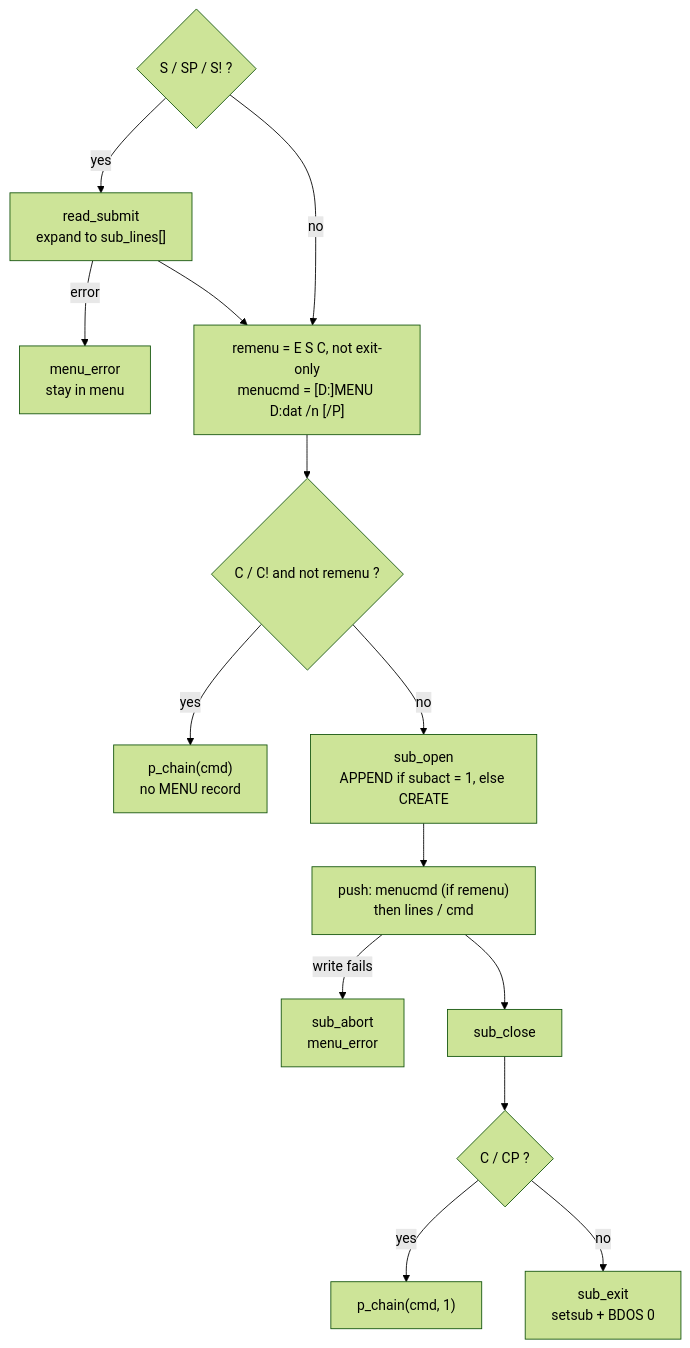
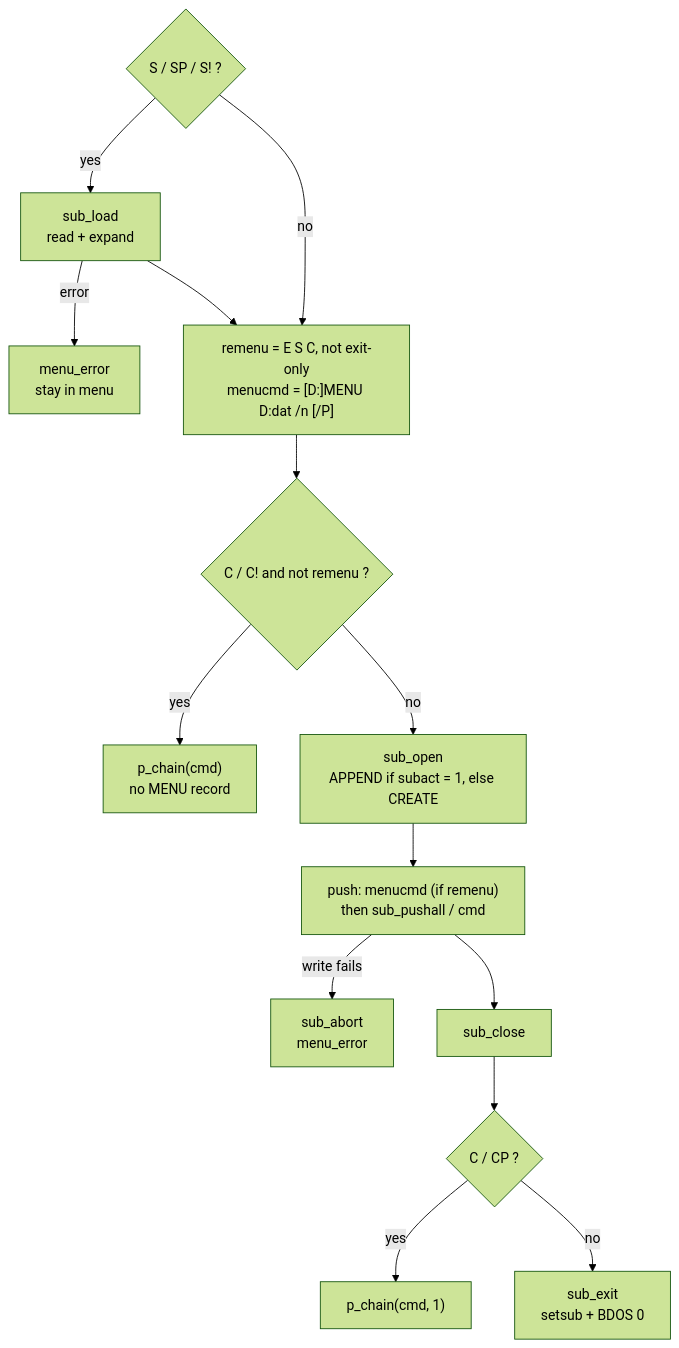
One commit to tsupplis/cpm86-menu changed the fourth of 5 diagrams in implementation.md. Above: the diagram before and after it, drawn with Mermaid (forest theme). The commit also changed other lines of this file and 7 other files, not shown here.

````diff
--- a/implementation.md
+++ b/implementation.md
@@ -72,16 +80,16 @@
 ```mermaid
 flowchart TD
-    S0{"S / SP / S! ?"} -- yes --> RS["read_submit<br/>expand to sub_lines[]"]
+    S0{"S / SP / S! ?"} -- yes --> RS["sub_load<br/>read + expand"]
     RS -- error --> ER["menu_error<br/>stay in menu"]
     RS --> M1
     S0 -- no --> M1["remenu = E S C, not exit-only<br/>menucmd = [D:]MENU D:dat /n [/P]"]
     M1 --> C0{"C / C! and not remenu ?"}
     C0 -- yes --> CH["p_chain(cmd)<br/>no MENU record"]
     C0 -- no --> OP["sub_open<br/>APPEND if subact = 1, else CREATE"]
-    OP --> PU["push: menucmd (if remenu)<br/>then lines / cmd"]
+    OP --> PU["push: menucmd (if remenu)<br/>then sub_pushall / cmd"]
     PU -- "write fails" --> AB["sub_abort<br/>menu_error"]
     PU --> CL["sub_close"]
     CL --> W{"C / CP ?"}
     W -- yes --> PC["p_chain(cmd, 1)"]
     W -- no --> SE["sub_exit<br/>setsub + BDOS 0"]
 ```
````
